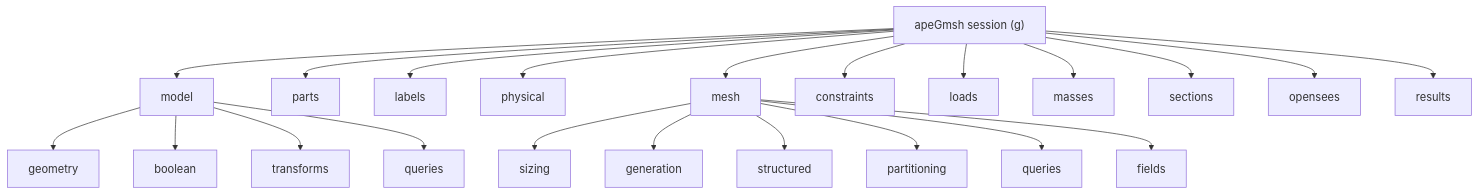
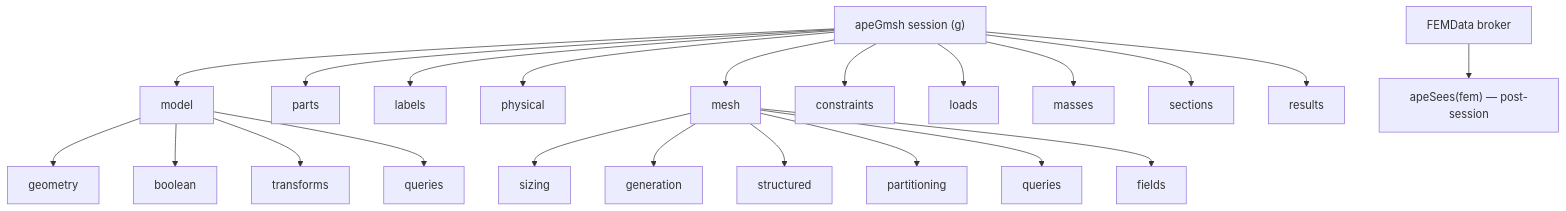
The first of 6 diagrams in architecture/apeGmsh_architecture.md (sahilkur36/apeGmsh), drawn with Mermaid before and after one commit. The commit also changed other lines of this file and 26 other files, not shown here.

````diff
--- a/architecture/apeGmsh_architecture.md
+++ b/architecture/apeGmsh_architecture.md
@@ -87,27 +87,27 @@
 ```mermaid
 graph TD
   G["apeGmsh session (g)"]
   G --> M[model]
   G --> P[parts]
   G --> L[labels]
   G --> PH[physical]
   G --> ME[mesh]
   G --> C[constraints]
   G --> LD[loads]
   G --> MA[masses]
   G --> S[sections]
-  G --> O[opensees]
   G --> R[results]
+  FEM[FEMData broker] --> OPS["apeSees(fem) — post-session"]
 
   M --> MG[geometry]
   M --> MB[boolean]
   M --> MT[transforms]
   M --> MQ[queries]
 
   ME --> MES[sizing]
   ME --> MEG[generation]
   ME --> MEST[structured]
   ME --> MEP[partitioning]
   ME --> MEQ[queries]
   ME --> MEF[fields]
 ```
````
